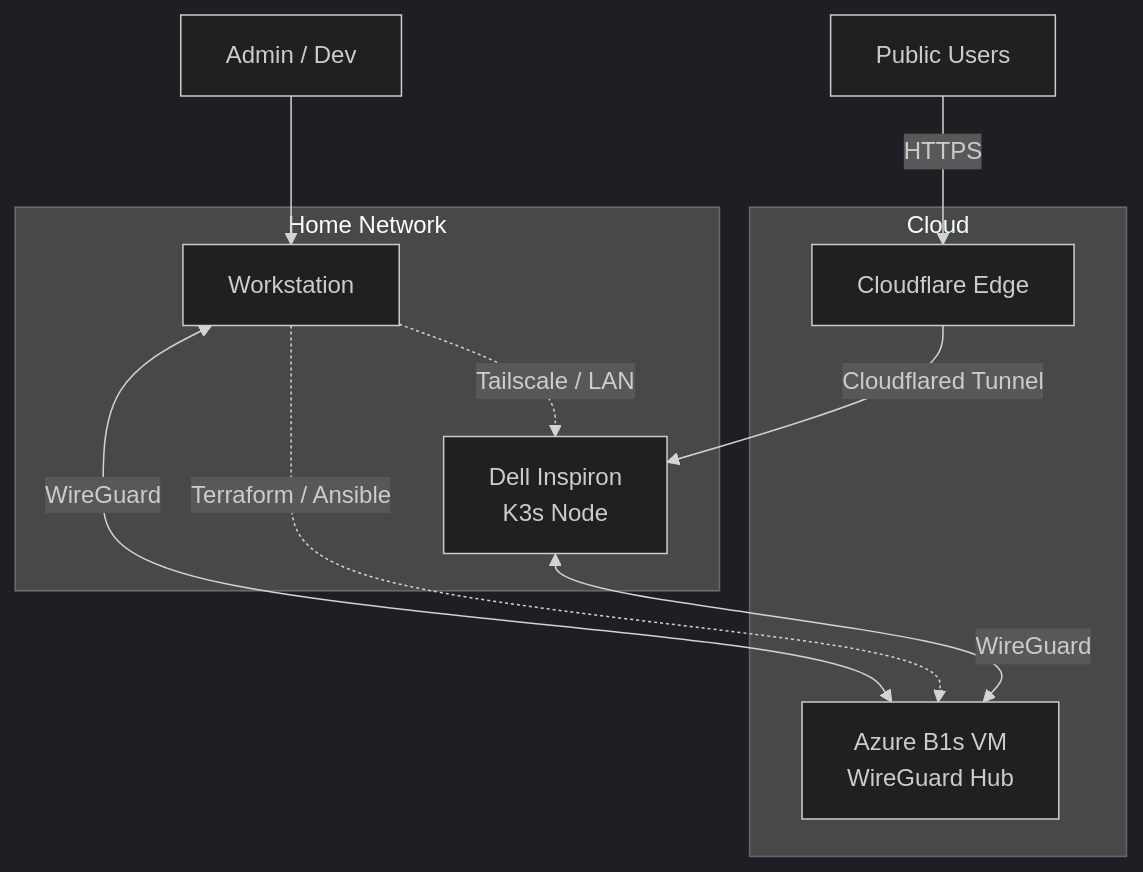
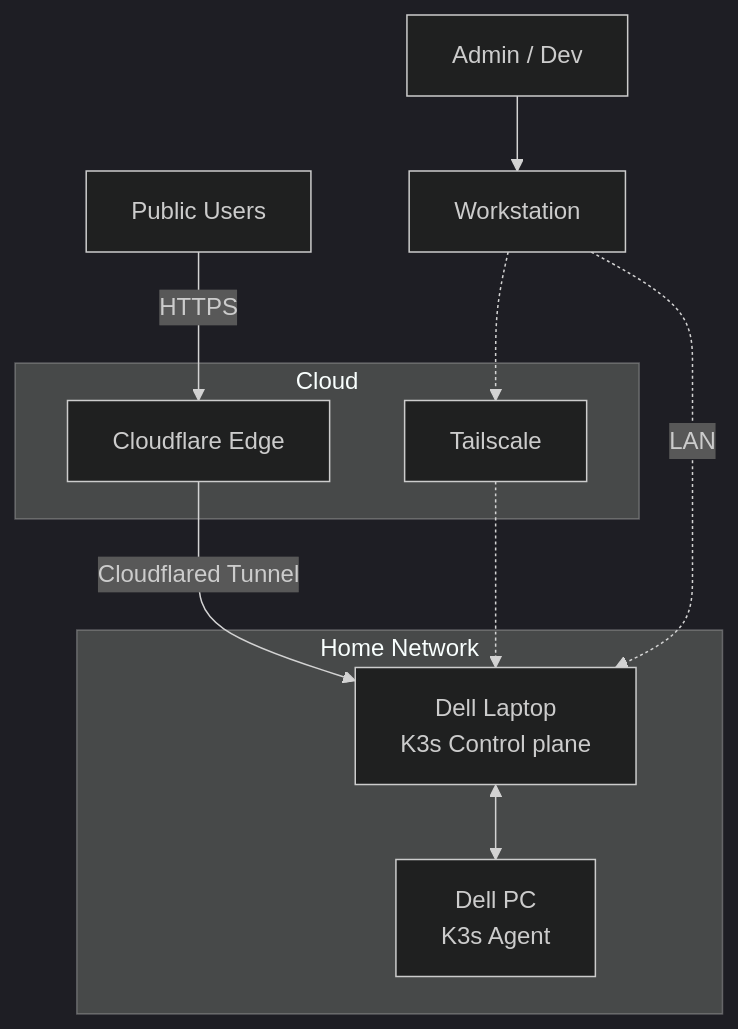
One commit to sock1000kg/Lab-sock changed the first of 2 diagrams in README.md. Above: the diagram before and after it, drawn with Mermaid (dark theme). The commit also changed other lines of this file, not shown here.

````diff
--- a/README.md
+++ b/README.md
@@ -19,34 +19,35 @@
 ```mermaid
 graph TD
 
     %% Internet
     Public[Public Users]
     Admin[Admin / Dev]
 
     %% Cloud Layer
     subgraph Cloud
         CF[Cloudflare Edge]
-        AzureVM[Azure B1s VM<br/>WireGuard Hub]
+        TS[Tailscale]
     end
+
+    Workstation[Workstation<br/>]
 
     %% Home Network
     subgraph Home Network
-        Workstation[Workstation<br/>]
-        Server[Dell Inspiron<br/>K3s Node]
+        Server1[Dell Laptop<br/>K3s Control plane]
+        Server2[Dell PC<br/>K3s Agent]
     end
 
     %% Public traffic
     Public -->|HTTPS| CF
-    CF -->|Cloudflared Tunnel| Server
+    CF -->|Cloudflared Tunnel| Server1
 
     %% Admin access
     Admin --> Workstation
 
-    %% WireGuard mesh
-    Workstation <-->|WireGuard| AzureVM
-    Server <-->|WireGuard| AzureVM
+    %% Management
+    Workstation -.->|LAN| Server1
+    Workstation -.-> TS
+    TS -.-> Server1
 
-    %% Management
-    Workstation -.->|Terraform / Ansible| AzureVM
-    Workstation -.->|Tailscale / LAN| Server
+    Server1 <--> Server2
 ```
````
